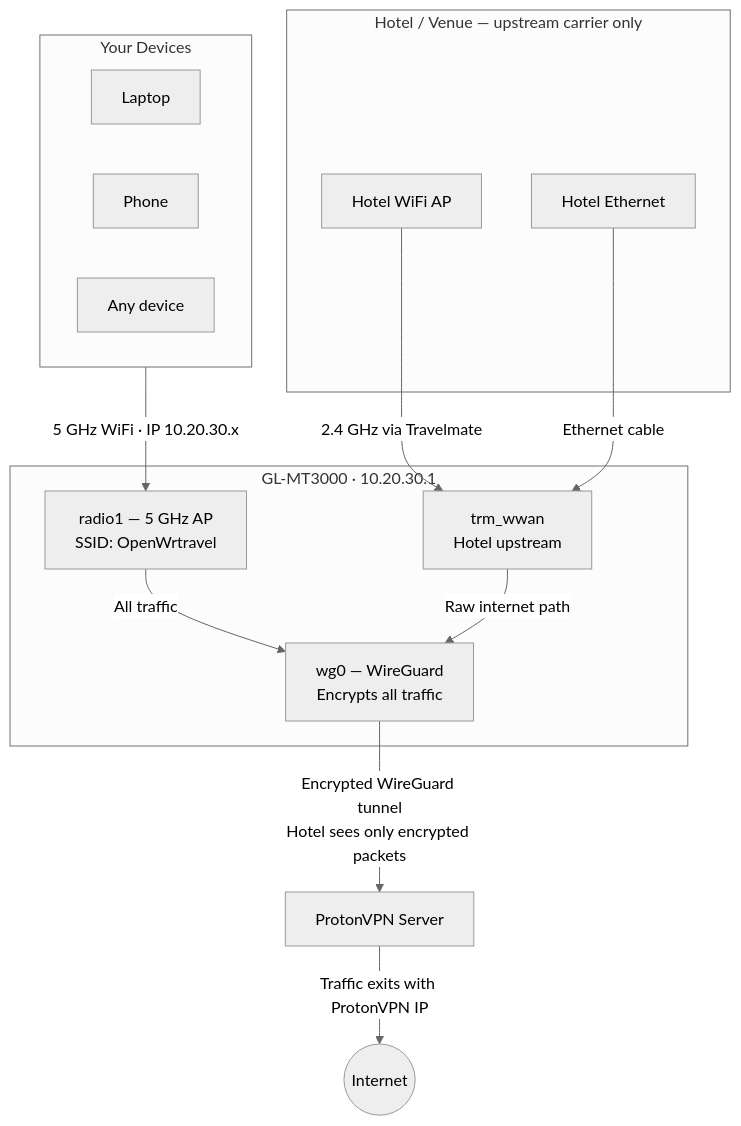
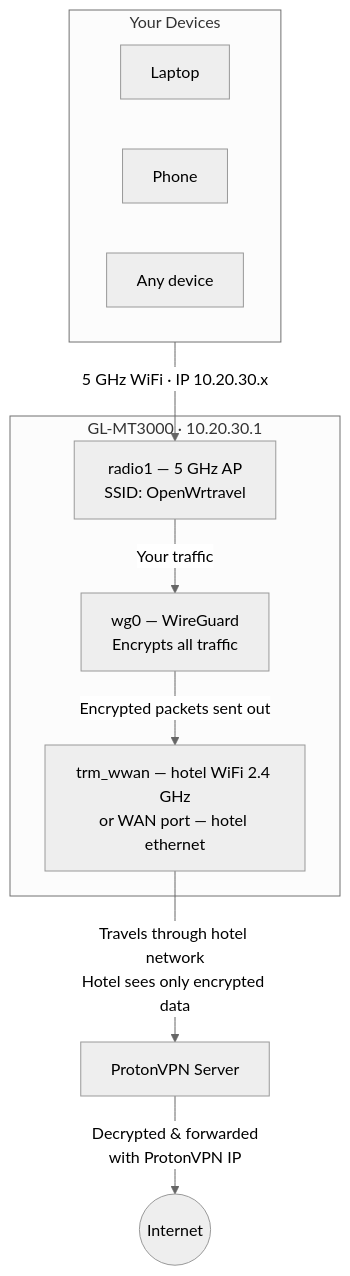
The diagram in README.md (invisi101/openwrt), drawn with Mermaid (neutral theme) before and after one commit.

Commit message:
Fix diagram: move router exit interfaces inside router, simplify hotel to arrow label

````diff
--- a/README.md
+++ b/README.md
@@ -10,30 +10,23 @@
 ```mermaid
 flowchart TD
     subgraph devices["Your Devices"]
         d1[Laptop]
         d2[Phone]
         d3[Any device]
     end
 
     subgraph router["GL-MT3000 · 10.20.30.1"]
         ap["radio1 — 5 GHz AP\nSSID: OpenWrtravel"]
         wg["wg0 — WireGuard\nEncrypts all traffic"]
-        wan["trm_wwan\nHotel upstream"]
+        exit["trm_wwan — hotel WiFi 2.4 GHz\nor WAN port — hotel ethernet"]
     end
 
-    subgraph hotel["Hotel / Venue — upstream carrier only"]
-        hw[Hotel WiFi AP]
-        he[Hotel Ethernet]
-    end
-
-    vpn[ProtonVPN Server]
+    vpn["ProtonVPN Server"]
     internet((Internet))
 
     devices -->|"5 GHz WiFi · IP 10.20.30.x"| ap
-    ap -->|"All traffic"| wg
-    wg -->|"Encrypted WireGuard tunnel\nHotel sees only encrypted packets"| vpn
-    vpn -->|"Traffic exits with ProtonVPN IP"| internet
-    hw -->|"2.4 GHz via Travelmate"| wan
-    he -->|"Ethernet cable"| wan
-    wan -->|"Raw internet path"| wg
+    ap -->|"Your traffic"| wg
+    wg -->|"Encrypted packets sent out"| exit
+    exit -->|"Travels through hotel network\nHotel sees only encrypted data"| vpn
+    vpn -->|"Decrypted & forwarded\nwith ProtonVPN IP"| internet
 ```
````
